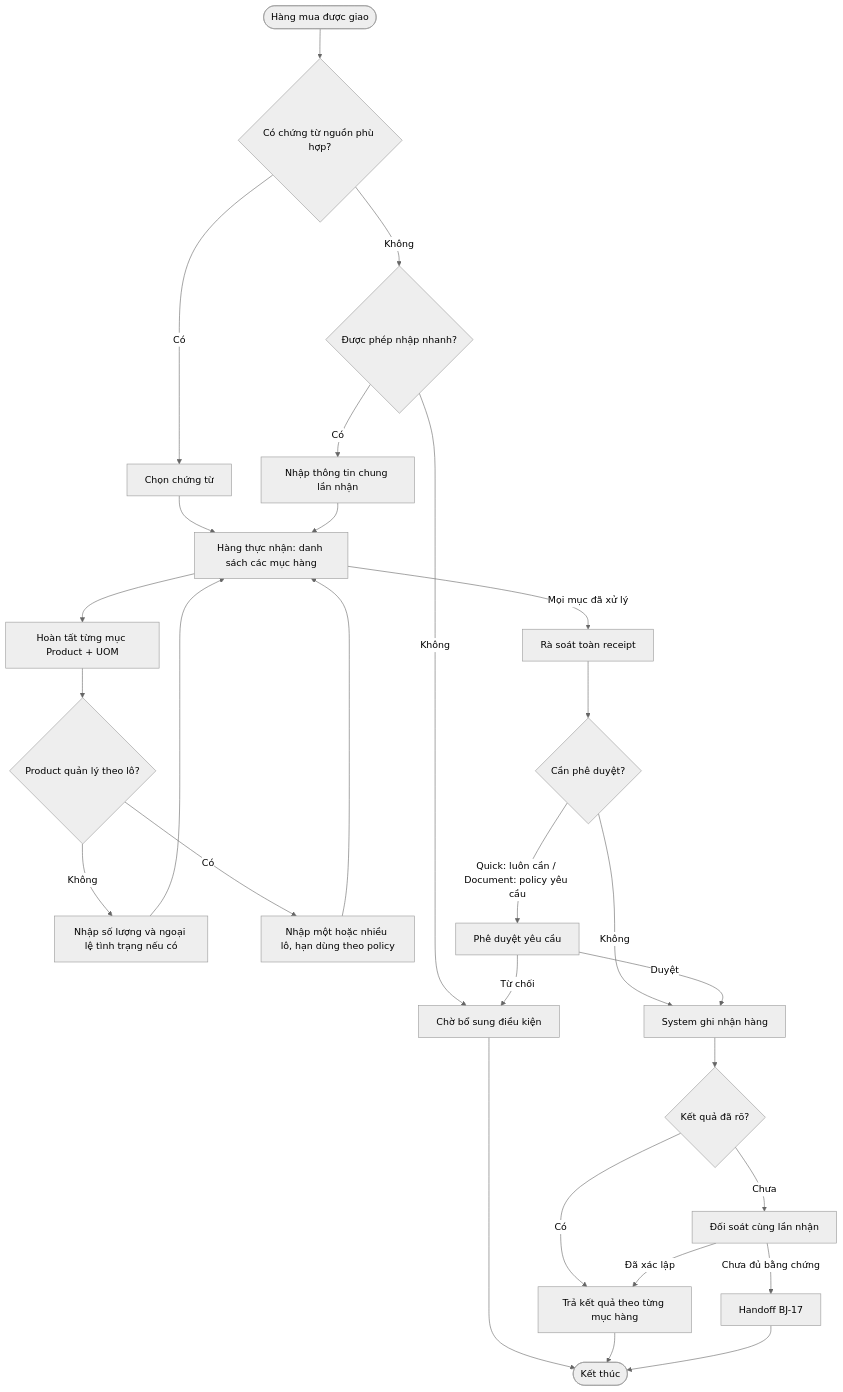
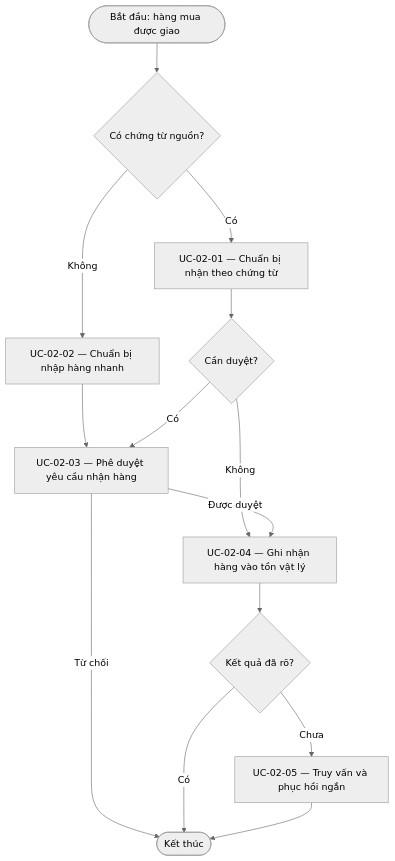
One commit to DsChien102/erp-sales-inventory changed the diagram in specs/themes/theme-07/02.specification/behavior/journeys/BJ-02-nhan-hang-mua.md. Above: the diagram before and after it, drawn with Mermaid (neutral theme). The commit also changed other lines of this file and 4136 other files, not shown here.

````diff
--- a/specs/themes/theme-07/02.specification/behavior/journeys/BJ-02-nhan-hang-mua.md
+++ b/specs/themes/theme-07/02.specification/behavior/journeys/BJ-02-nhan-hang-mua.md
@@ -54,36 +35,16 @@
 ```mermaid
 flowchart TD
-    S([Hàng mua được giao]) --> D{Có chứng từ nguồn phù hợp?}
-
-    D -->|Có| U1A[Chọn chứng từ]
-    D -->|Không| Q{Được phép nhập nhanh?}
-    Q -->|Không| STOP[Chờ bổ sung điều kiện]
-    Q -->|Có| U2A[Nhập thông tin chung lần nhận]
-
-    U1A --> ITEMS[Hàng thực nhận: danh sách các mục hàng]
-    U2A --> ITEMS
-
-    ITEMS --> ITEM[Hoàn tất từng mục Product + UOM]
-    ITEM --> LOT{Product quản lý theo lô?}
-    LOT -->|Không| CLASS[Nhập số lượng và ngoại lệ tình trạng nếu có]
-    LOT -->|Có| LOTS[Nhập một hoặc nhiều lô, hạn dùng theo policy]
-    CLASS --> ITEMS
-    LOTS --> ITEMS
-    ITEMS -->|Mọi mục đã xử lý| REVIEW[Rà soát toàn receipt]
-
-    REVIEW --> AP{Cần phê duyệt?}
-    AP -->|Quick: luôn cần / Document: policy yêu cầu| U3[Phê duyệt yêu cầu]
-    AP -->|Không| EXEC[System ghi nhận hàng]
-    U3 -->|Duyệt| EXEC
-    U3 -->|Từ chối| STOP
-
-    EXEC --> R{Kết quả đã rõ?}
-    R -->|Có| DONE[Trả kết quả theo từng mục hàng]
-    R -->|Chưa| REC[Đối soát cùng lần nhận]
-    REC -->|Đã xác lập| DONE
-    REC -->|Chưa đủ bằng chứng| BJ17[Handoff BJ-17]
-
-    STOP --> E([Kết thúc])
-    DONE --> E
-    BJ17 --> E
+    Begin([Bắt đầu: hàng mua được giao]) --> D{"Có chứng từ nguồn?"}
+    D -->|Có| U1["UC-02-01 — Chuẩn bị nhận theo chứng từ"]
+    D -->|Không| U2["UC-02-02 — Chuẩn bị nhập hàng nhanh"]
+    U1 --> A{"Cần duyệt?"}
+    U2 --> U3["UC-02-03 — Phê duyệt yêu cầu nhận hàng"]
+    A -->|Có| U3
+    A -->|Không| U4["UC-02-04 — Ghi nhận hàng vào tồn vật lý"]
+    U3 -->|Được duyệt| U4
+    U3 -->|Từ chối| End([Kết thúc])
+    U4 --> R{"Kết quả đã rõ?"}
+    R -->|Có| End
+    R -->|Chưa| U5["UC-02-05 — Truy vấn và phục hồi ngắn"]
+    U5 --> End
 ```
````
